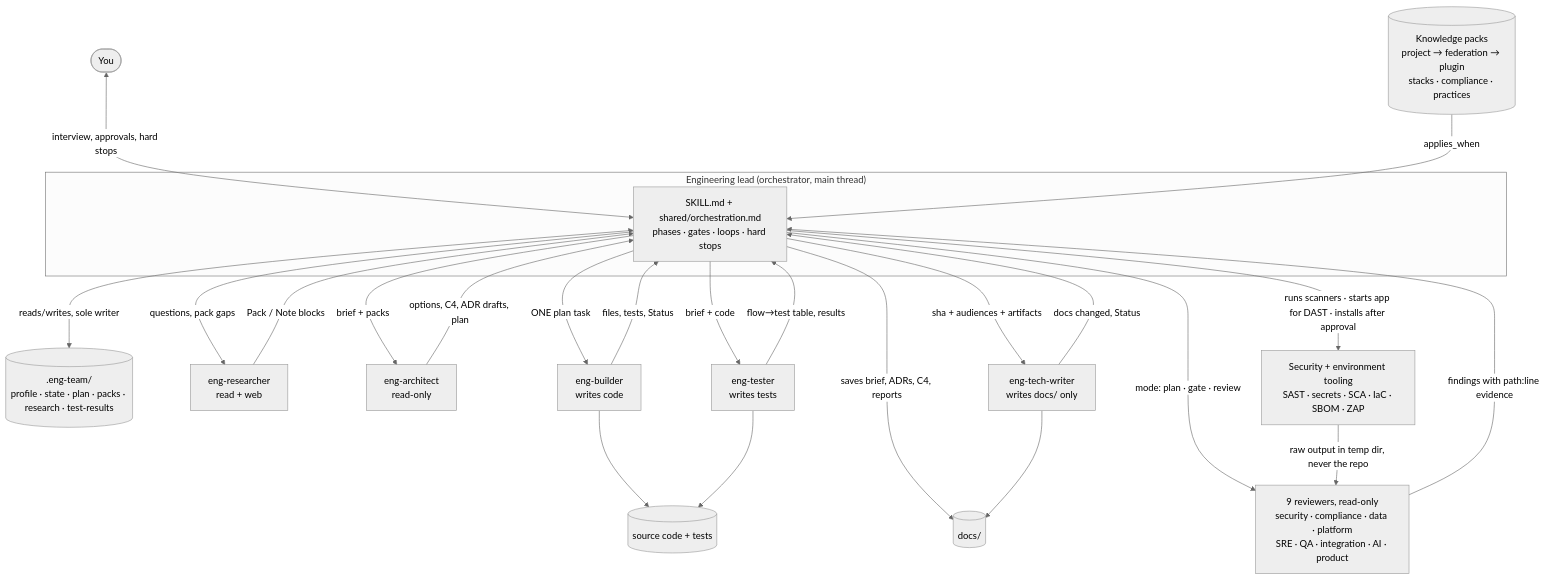
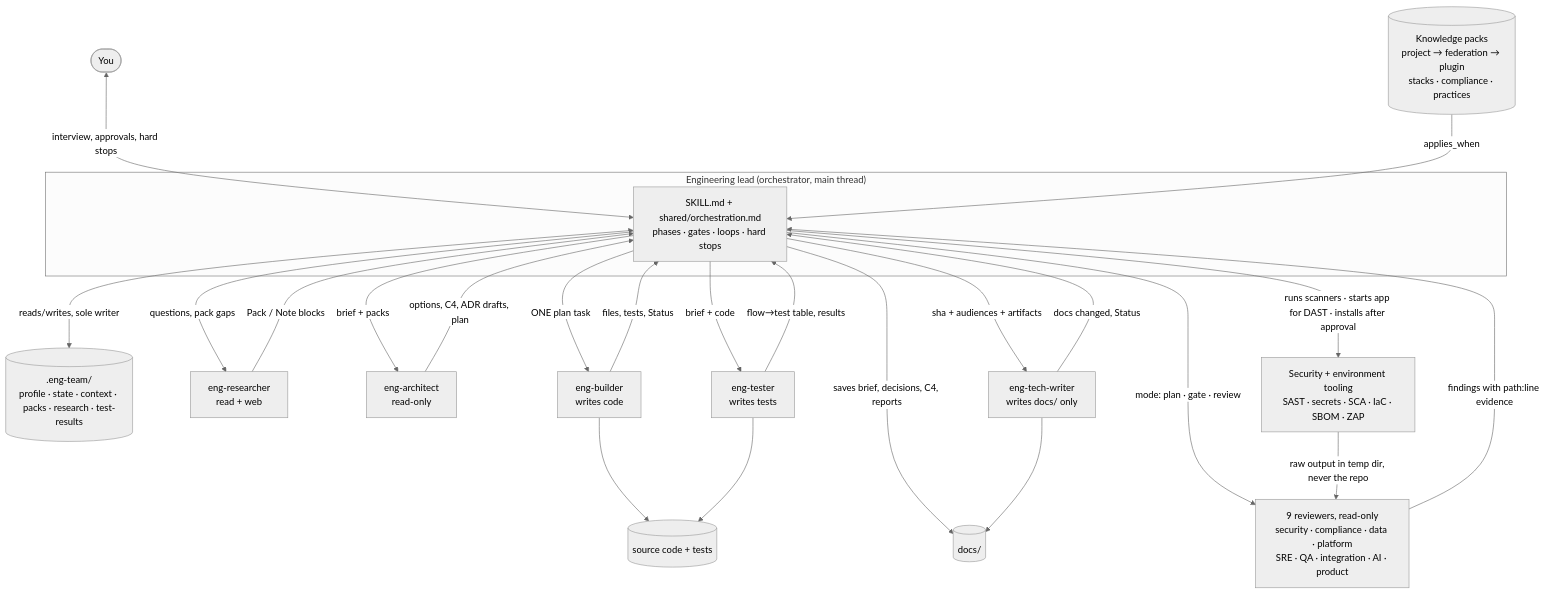
The second of 2 diagrams in eng-team-plugin/README.md (Yakoub-ai/engineering-team), drawn with Mermaid (neutral theme) before and after one commit. The commit also changed other lines of this file and 10 other files, not shown here.

````diff
--- a/eng-team-plugin/README.md
+++ b/eng-team-plugin/README.md
@@ -142,31 +153,31 @@
 ```mermaid
 flowchart TB
   U([You]) <-->|interview, approvals, hard stops| L
 
   subgraph Lead["Engineering lead (orchestrator, main thread)"]
     L[SKILL.md + shared/orchestration.md<br/>phases · gates · loops · hard stops]
   end
 
-  L <-->|reads/writes, sole writer| S[(.eng-team/<br/>profile · state · plan · packs · research · test-results)]
+  L <-->|reads/writes, sole writer| S[(.eng-team/<br/>profile · state · context · packs · research · test-results)]
   K[(Knowledge packs<br/>project → federation → plugin<br/>stacks · compliance · practices)] -->|applies_when| L
 
   L -->|questions, pack gaps| RES[eng-researcher<br/>read + web]
   RES -->|Pack / Note blocks| L
   L -->|brief + packs| ARC[eng-architect<br/>read-only]
   ARC -->|options, C4, ADR drafts, plan| L
   L -->|ONE plan task| BLD[eng-builder<br/>writes code]
   BLD -->|files, tests, Status| L
   L -->|brief + code| TST[eng-tester<br/>writes tests]
   TST -->|flow→test table, results| L
   L -->|sha + audiences + artifacts| DOC[eng-tech-writer<br/>writes docs/ only]
   DOC -->|docs changed, Status| L
   L -->|mode: plan · gate · review| REV[9 reviewers, read-only<br/>security · compliance · data · platform<br/>SRE · QA · integration · AI · product]
   REV -->|findings with path:line evidence| L
   L -->|runs scanners · starts app for DAST · installs after approval| SC[Security + environment tooling<br/>SAST · secrets · SCA · IaC · SBOM · ZAP]
   SC -->|raw output in temp dir, never the repo| REV
 
-  L -->|saves brief, ADRs, C4, reports| D[(docs/)]
+  L -->|saves brief, decisions, C4, reports| D[(docs/)]
   DOC --> D
   BLD --> C[(source code + tests)]
   TST --> C
 ```
````
